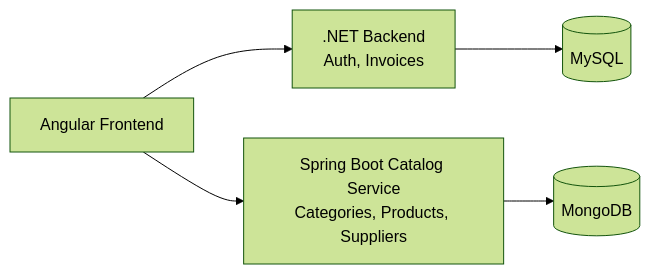
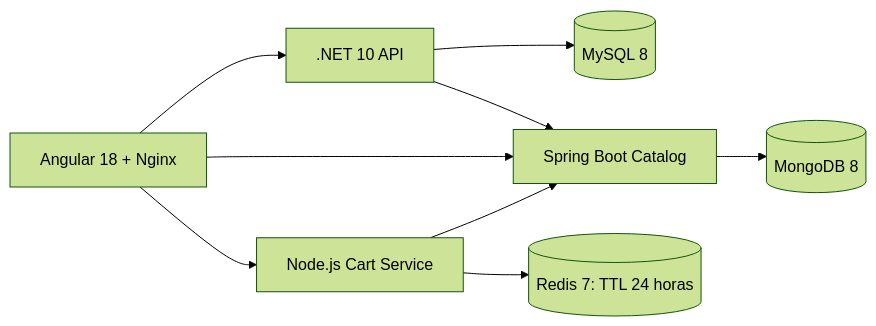
Before and after one commit to melgust/desaweb2026a: the diagram in practice3/eramirez-umg/README.md, drawn with Mermaid (forest theme). The commit also changed other lines of this file and 75 other files, not shown here.

````diff
--- a/practice3/eramirez-umg/README.md
+++ b/practice3/eramirez-umg/README.md
@@ -40,13 +8,11 @@
 ```mermaid
 flowchart LR
-  FE[Angular Frontend]
-  NET[.NET Backend<br/>Auth, Invoices]
-  SPRING[Spring Boot Catalog Service<br/>Categories, Products, Suppliers]
-  SQL[(MySQL)]
-  MONGO[(MongoDB)]
-
-  FE --> NET
-  FE --> SPRING
-  NET --> SQL
-  SPRING --> MONGO
+  Browser[Angular 18 + Nginx] --> NET[.NET 10 API]
+  Browser --> Catalog[Spring Boot Catalog]
+  Browser --> Cart[Node.js Cart Service]
+  NET --> SQL[(MySQL 8)]
+  NET --> Catalog
+  Catalog --> Mongo[(MongoDB 8)]
+  Cart --> Catalog
+  Cart --> Redis[(Redis 7: TTL 24 horas)]
 ```
````
